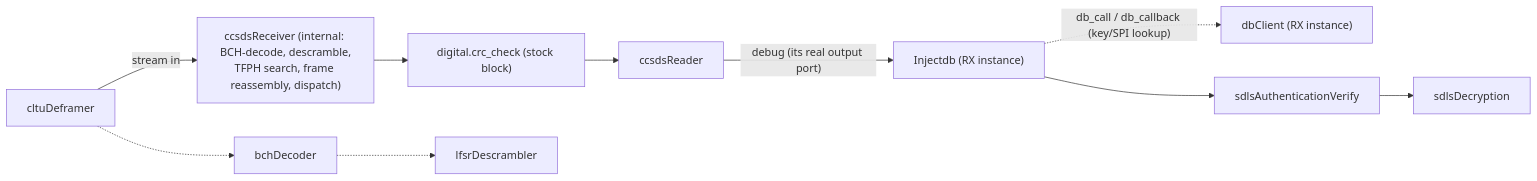
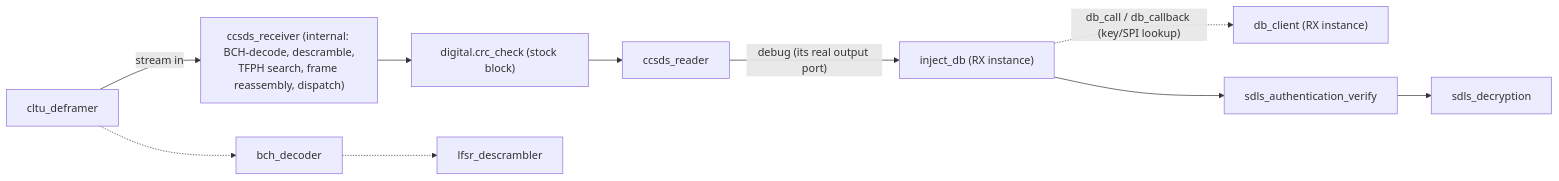
One commit to aris-space/soarr-groundstation-gnuradio changed the second of 2 diagrams in claude/architecture.md. Above: the diagram before and after it, drawn with Mermaid. The commit also changed other lines of this file and 141 other files, not shown here.

````diff
--- a/claude/architecture.md
+++ b/claude/architecture.md
@@ -71,25 +69,25 @@
 ```mermaid
 flowchart LR
-    cltuDeframer["cltuDeframer"]
-    ccsdsReceiver["ccsdsReceiver (internal: BCH-decode, descramble,<br/>TFPH search, frame reassembly, dispatch)"]
+    cltuDeframer["cltu_deframer"]
+    ccsdsReceiver["ccsds_receiver (internal: BCH-decode, descramble,<br/>TFPH search, frame reassembly, dispatch)"]
     crcCheck["digital.crc_check (stock block)"]
-    ccsdsReader["ccsdsReader"]
-    InjectdbRx["Injectdb (RX instance)"]
-    dbClientRx["dbClient (RX instance)"]
-    sdlsAuthenticationVerify["sdlsAuthenticationVerify"]
-    sdlsDecryption["sdlsDecryption"]
+    ccsdsReader["ccsds_reader"]
+    InjectdbRx["inject_db (RX instance)"]
+    dbClientRx["db_client (RX instance)"]
+    sdlsAuthenticationVerify["sdls_authentication_verify"]
+    sdlsDecryption["sdls_decryption"]
 
-    bchDecoder["bchDecoder"]
-    lfsrDescrambler["lfsrDescrambler"]
+    bchDecoder["bch_decoder"]
+    lfsrDescrambler["lfsr_descrambler"]
 
     cltuDeframer -- stream in --> ccsdsReceiver
     ccsdsReceiver --> crcCheck
     crcCheck --> ccsdsReader
     ccsdsReader -- "debug (its real output port)" --> InjectdbRx
     InjectdbRx -. "db_call / db_callback (key/SPI lookup)" .-> dbClientRx
     InjectdbRx --> sdlsAuthenticationVerify
     sdlsAuthenticationVerify --> sdlsDecryption
 
     cltuDeframer -.-> bchDecoder
     bchDecoder -.-> lfsrDescrambler
 ```
````
